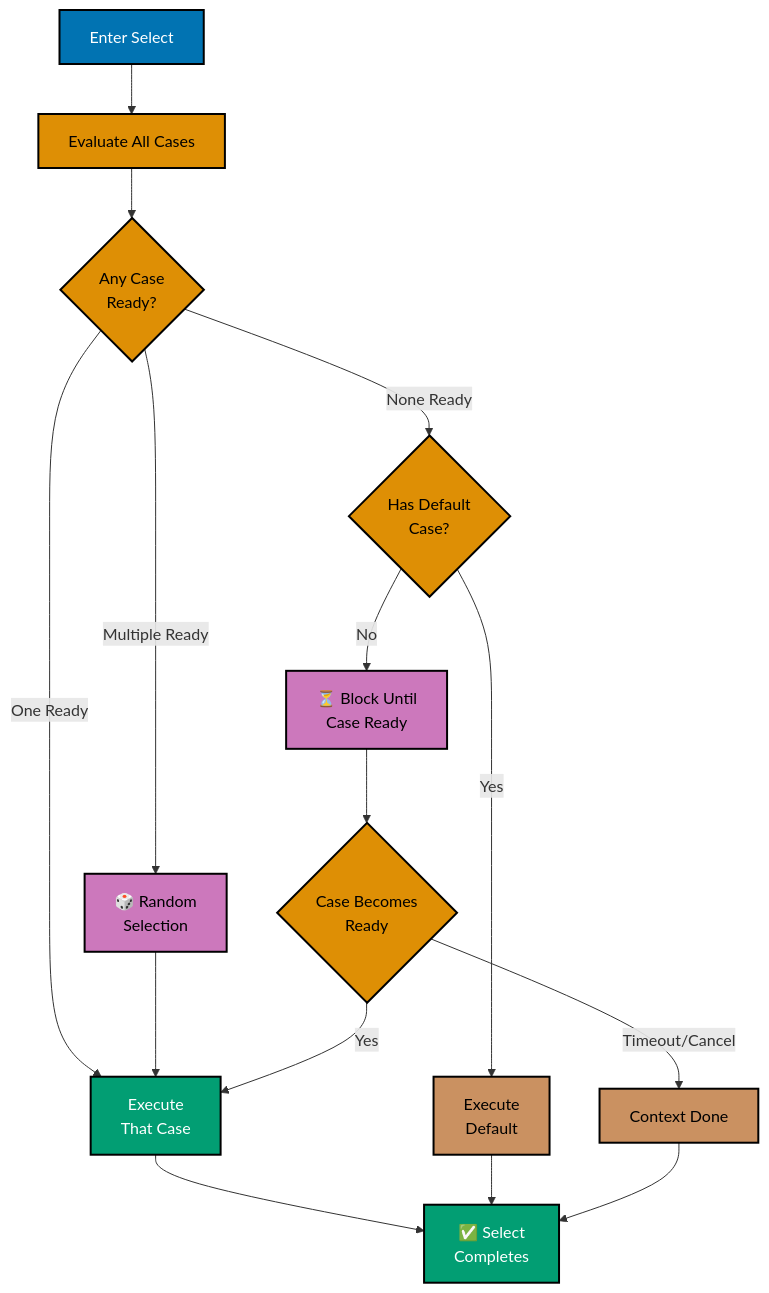
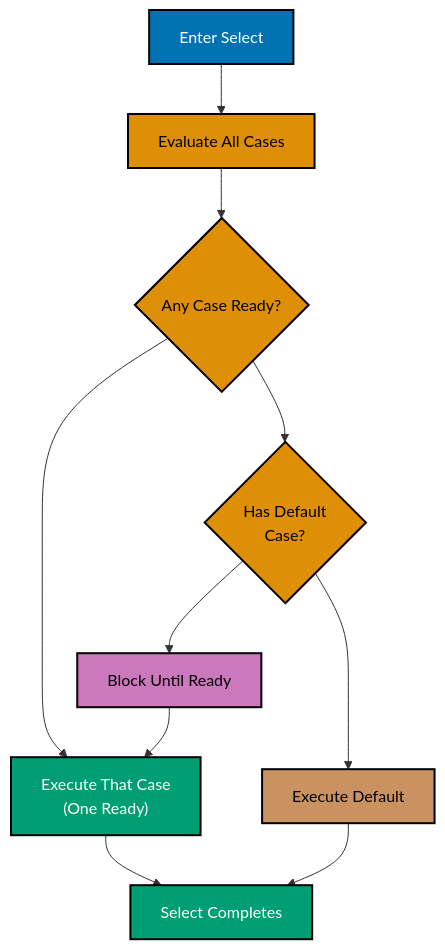
The fifth of 10 diagrams in docs/explanation/software-engineering/programming-languages/golang/concurrency-standards.md (wahidyankf/open-sharia-enterprise), drawn with Mermaid before and after one commit. The commit also changed other lines of this file and 11 other files, not shown here.

First line of the commit message:
fix(docs): fix mermaid violations in golang docs

````diff
--- a/docs/explanation/software-engineering/programming-languages/golang/concurrency-standards.md
+++ b/docs/explanation/software-engineering/programming-languages/golang/concurrency-standards.md
@@ -573,32 +573,22 @@
 ```mermaid
 %% Color Palette: Blue #0173B2, Orange #DE8F05, Teal #029E73, Purple #CC78BC, Brown #CA9161
 %% All colors are color-blind friendly and meet WCAG AA contrast standards
 
 graph TD
     A["Enter Select"]:::blue --> B["Evaluate All Cases"]:::orange
+    B --> C{"Any Case Ready?"}:::orange
+    C --> D["Execute That Case<br/>#40;One Ready#41;"]:::teal
+    C --> E{"Has Default<br/>Case?"}:::orange
+    E --> F["Execute Default"]:::brown
+    E --> G["Block Until Ready"]:::purple
+    G --> D
 
-    B --> C{"Any Case<br/>Ready?"}:::orange
-
-    C -->|"Multiple Ready"| D["🎲 Random<br/>Selection"]:::purple
-    C -->|"One Ready"| E["Execute<br/>That Case"]:::teal
-    C -->|"None Ready"| F{"Has Default<br/>Case?"}:::orange
-
-    D --> E
-
-    F -->|"Yes"| G["Execute<br/>Default"]:::brown
-    F -->|"No"| H["⏳ Block Until<br/>Case Ready"]:::purple
-
-    H --> I{"Case Becomes<br/>Ready"}:::orange
-    I -->|"Yes"| E
-    I -->|"Timeout/Cancel"| J["Context Done"]:::brown
-
-    E --> K["✅ Select<br/>Completes"]:::teal
-    G --> K
-    J --> K
+    D --> H["Select Completes"]:::teal
+    F --> H
 
     classDef blue fill:#0173B2,stroke:#000000,color:#FFFFFF,stroke-width:2px
     classDef orange fill:#DE8F05,stroke:#000000,color:#000000,stroke-width:2px
     classDef teal fill:#029E73,stroke:#000000,color:#FFFFFF,stroke-width:2px
     classDef purple fill:#CC78BC,stroke:#000000,color:#000000,stroke-width:2px
     classDef brown fill:#CA9161,stroke:#000000,color:#000000,stroke-width:2px
 ```
````
